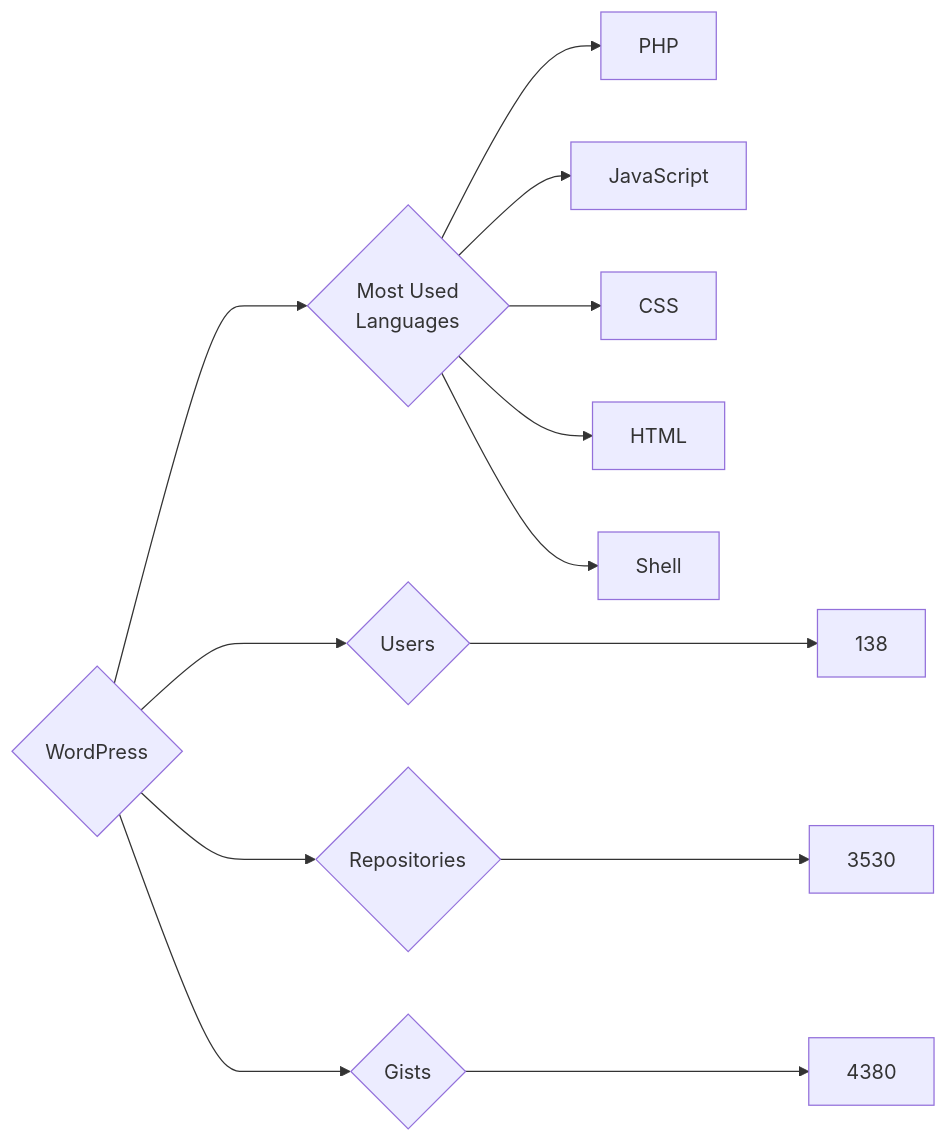
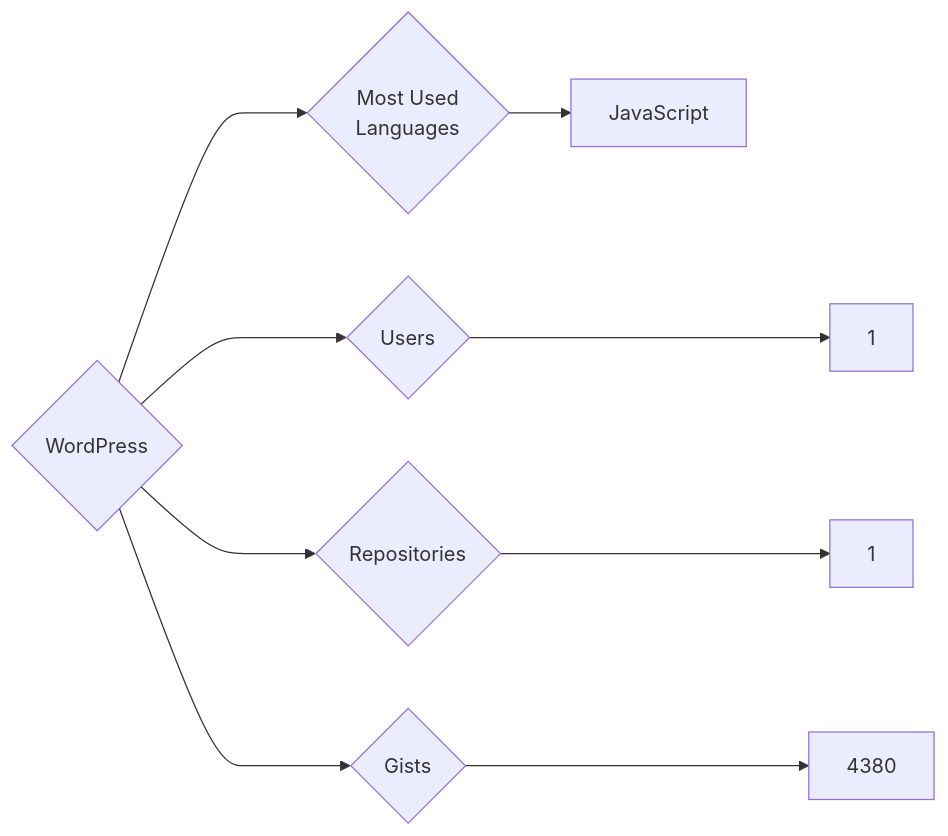
The diagram in targets/WordPress/README.md (trickest/insiders), drawn with Mermaid before and after one commit. The commit also changed 582 other files, not shown here.

````diff
--- a/targets/WordPress/README.md
+++ b/targets/WordPress/README.md
@@ -3,13 +3,9 @@
 ```mermaid
 graph LR
 COMPANY_NAME{WordPress}
-COMPANY_NAME ---> U{Users} ---> UN[138]
-COMPANY_NAME ---> R{Repositories} ---> RN[3530]
+COMPANY_NAME ---> U{Users} ---> UN[1]
+COMPANY_NAME ---> R{Repositories} ---> RN[1]
 COMPANY_NAME ---> G{Gists} ---> GN[4380]
 COMPANY_NAME ---> ML{Most Used<br>Languages}
-ML --> PHP[PHP]
 ML --> JavaScript[JavaScript]
-ML --> CSS[CSS]
-ML --> HTML[HTML]
-ML --> Shell[Shell]
 ```
````
